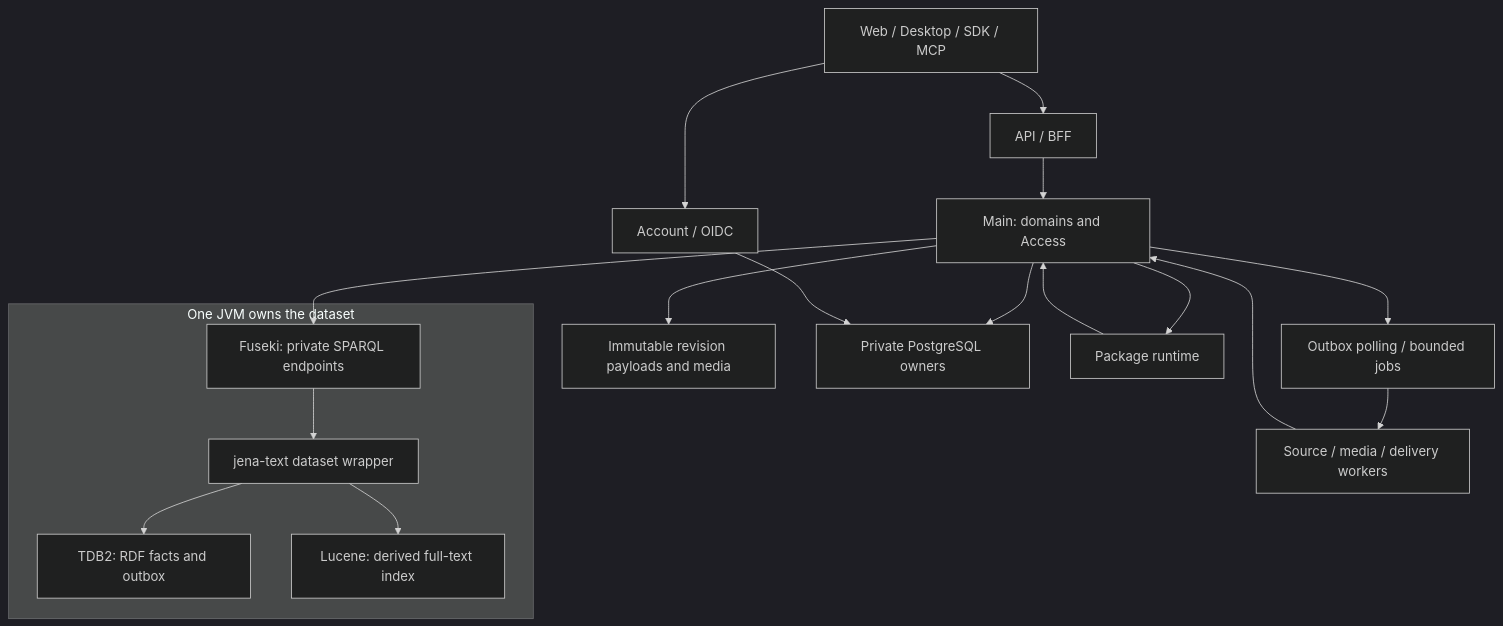
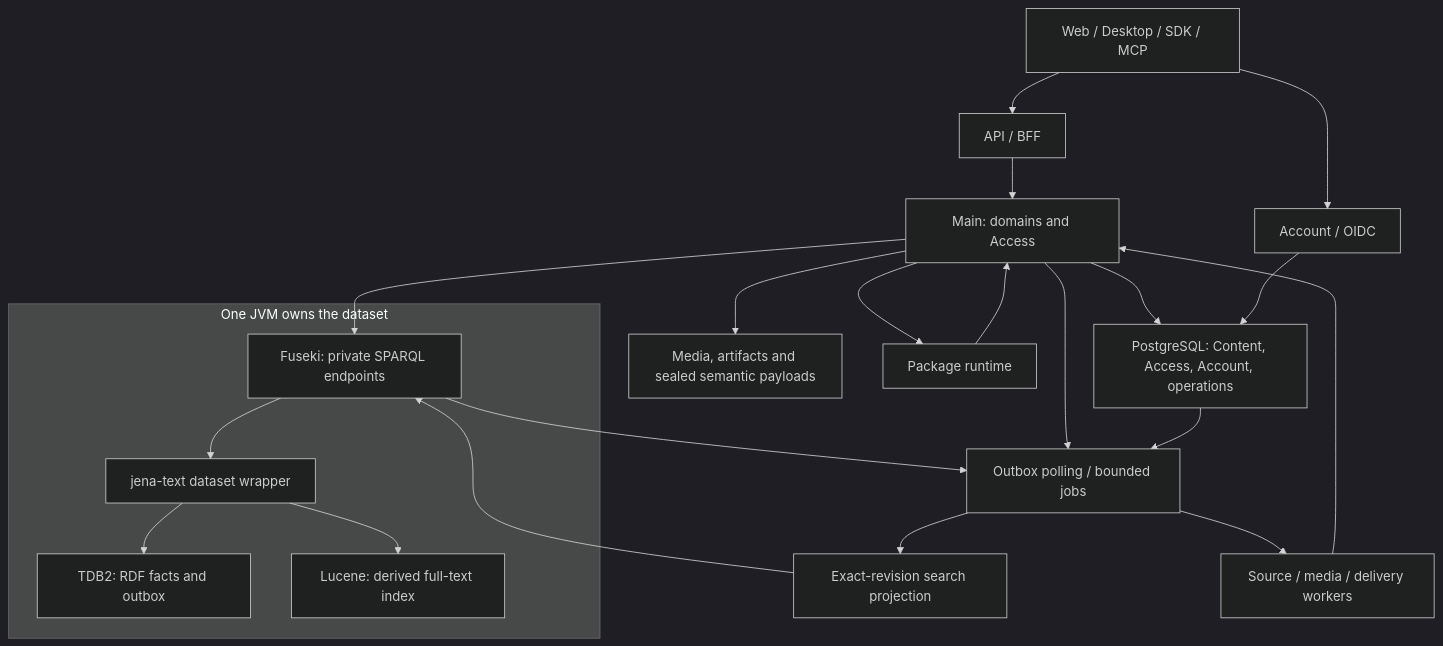
Before and after one commit to rezics/rezics-next: the diagram in docs/architecture/overview.md, drawn with Mermaid (dark theme). The commit also changed other lines of this file and 35 other files, not shown here.

First line of the commit message:
Adopt PostgreSQL content with embedded Jena search

````diff
--- a/docs/architecture/overview.md
+++ b/docs/architecture/overview.md
@@ -28,20 +36,24 @@
 ```mermaid
 flowchart TD
   Client[Web / Desktop / SDK / MCP] --> API[API / BFF]
   Client --> Account[Account / OIDC]
   API --> Main[Main: domains and Access]
   Main --> Fuseki[Fuseki: private SPARQL endpoints]
   subgraph GraphProcess[One JVM owns the dataset]
     Fuseki --> Text[jena-text dataset wrapper]
     Text --> TDB2[TDB2: RDF facts and outbox]
     Text --> Lucene[Lucene: derived full-text index]
   end
-  Main --> Objects[Immutable revision payloads and media]
-  Main --> Private[Private PostgreSQL owners]
+  Main --> Objects[Media, artifacts and sealed semantic payloads]
+  Main --> Private[PostgreSQL: Content, Access, Account, operations]
   Account --> Private
   Main --> Relay[Outbox polling / bounded jobs]
+  Private --> Relay
+  Fuseki --> Relay
+  Relay --> Projection[Exact-revision search projection]
+  Projection --> Fuseki
   Relay --> Workers[Source / media / delivery workers]
   Workers --> Main
   Main --> Packages[Package runtime]
   Packages --> Main
 ```
````
